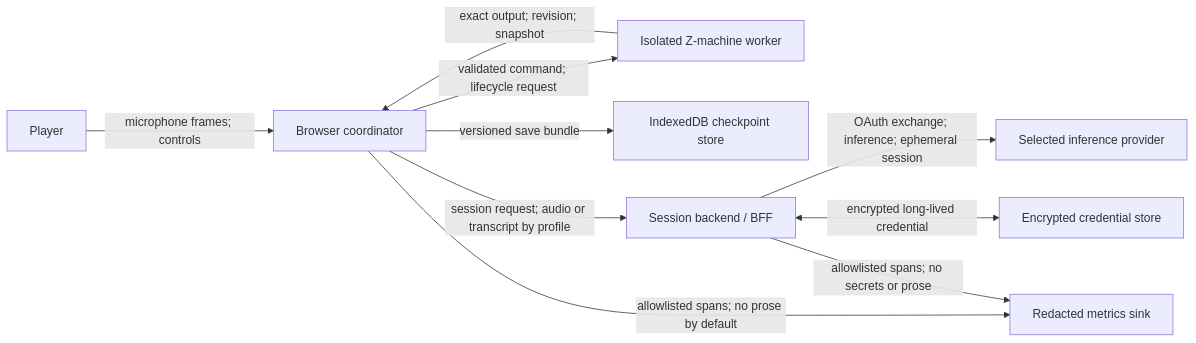
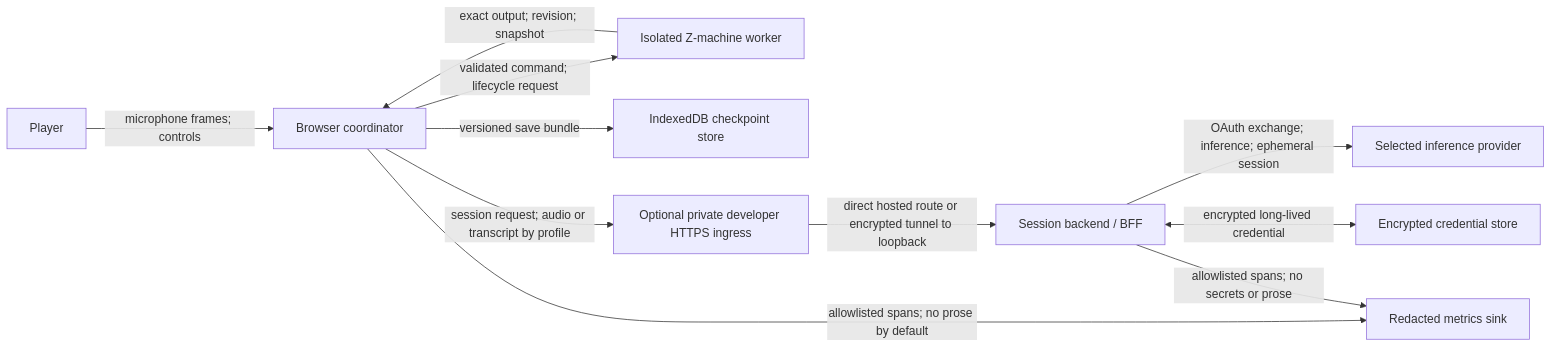
One commit to virusimmortal00/sttork changed the diagram in docs/threat-model.md. Above: the diagram before and after it, drawn with Mermaid. The commit also changed other lines of this file and 11 other files, not shown here.

````diff
--- a/docs/threat-model.md
+++ b/docs/threat-model.md
@@ -26,21 +26,23 @@
 ```mermaid
 flowchart LR
     Player["Player"]
     Browser["Browser coordinator"]
     Worker["Isolated Z-machine worker"]
     Local["IndexedDB checkpoint store"]
     BFF["Session backend / BFF"]
+    Ingress["Optional private developer HTTPS ingress"]
     Vault["Encrypted credential store"]
     Provider["Selected inference provider"]
     Metrics["Redacted metrics sink"]
 
     Player -->|"microphone frames; controls"| Browser
     Browser -->|"validated command; lifecycle request"| Worker
     Worker -->|"exact output; revision; snapshot"| Browser
     Browser -->|"versioned save bundle"| Local
-    Browser -->|"session request; audio or transcript by profile"| BFF
+    Browser -->|"session request; audio or transcript by profile"| Ingress
+    Ingress -->|"direct hosted route or encrypted tunnel to loopback"| BFF
     BFF -->|"OAuth exchange; inference; ephemeral session"| Provider
     BFF <-->|"encrypted long-lived credential"| Vault
     Browser -->|"allowlisted spans; no prose by default"| Metrics
     BFF -->|"allowlisted spans; no secrets or prose"| Metrics
 ```
````
